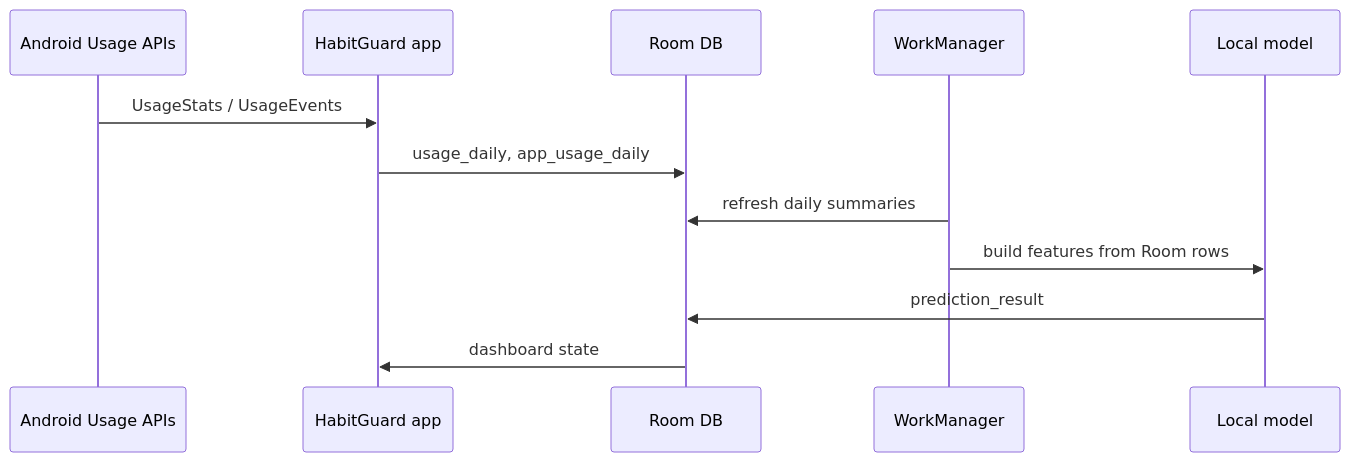
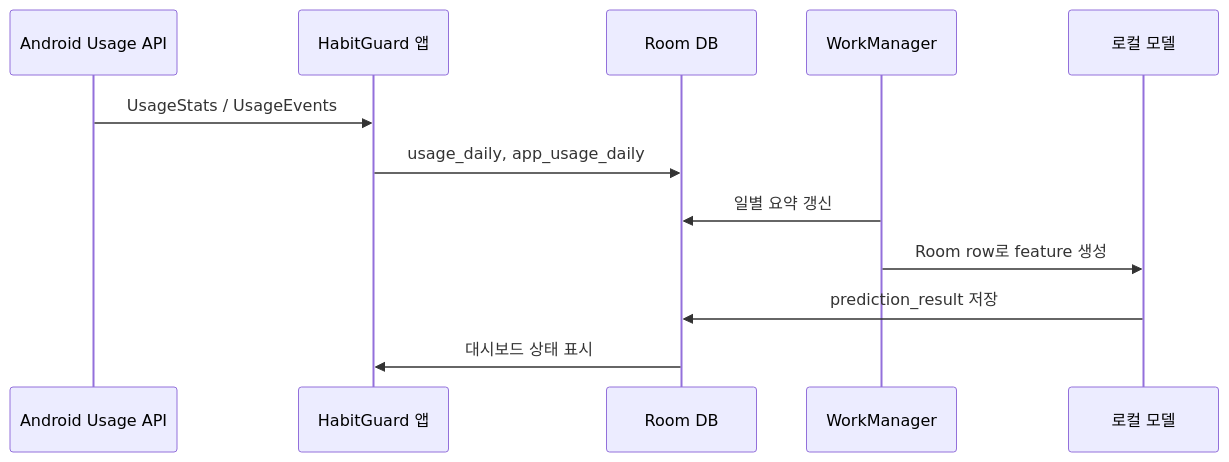
One commit to sionkk1/data changed the second of 3 diagrams in habitguard_android/docs/HABITGUARD_REPORT.md. Above: the diagram before and after it, drawn with Mermaid. The commit also changed other lines of this file and 2 other files, not shown here.

````diff
--- a/habitguard_android/docs/HABITGUARD_REPORT.md
+++ b/habitguard_android/docs/HABITGUARD_REPORT.md
@@ -40,14 +40,14 @@
 ```mermaid
 sequenceDiagram
-    participant Android as Android Usage APIs
-    participant App as HabitGuard app
+    participant Android as Android Usage API
+    participant App as HabitGuard 앱
     participant Room as Room DB
     participant Worker as WorkManager
-    participant AI as Local model
+    participant AI as 로컬 모델
     Android->>App: UsageStats / UsageEvents
     App->>Room: usage_daily, app_usage_daily
-    Worker->>Room: refresh daily summaries
-    Worker->>AI: build features from Room rows
-    AI->>Room: prediction_result
-    Room->>App: dashboard state
+    Worker->>Room: 일별 요약 갱신
+    Worker->>AI: Room row로 feature 생성
+    AI->>Room: prediction_result 저장
+    Room->>App: 대시보드 상태 표시
 ```
````
